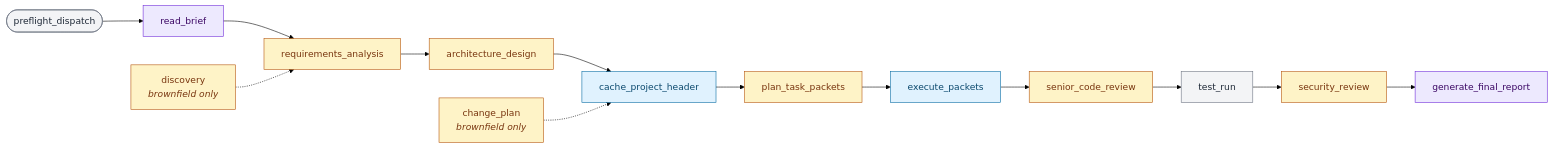
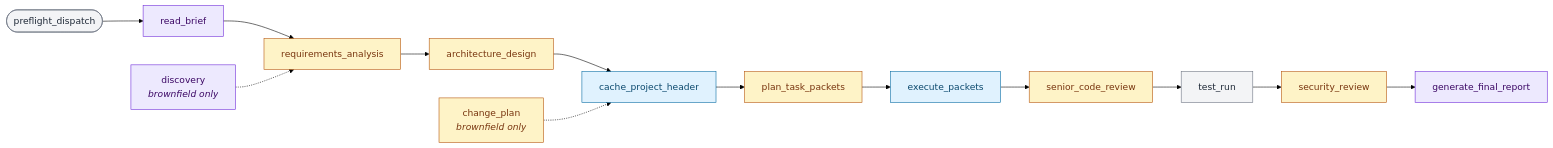
The second of 3 diagrams in README.md (mehtasanjit/ai-sdlc-orchestrator-antigravity-harness), drawn with Mermaid (forest theme) before and after one commit. The commit also changed other lines of this file and 12 other files, not shown here.

````diff
--- a/README.md
+++ b/README.md
@@ -64,26 +64,26 @@
 ```mermaid
 flowchart LR
     P0([preflight_dispatch]):::local
     P1[read_brief]:::cond
     P2[requirements_analysis]:::opus
     P3[architecture_design]:::opus
     P4[cache_project_header]:::gem
     P5[plan_task_packets]:::opus
     P6[execute_packets]:::gem
     P7[senior_code_review]:::opus
     P8[test_run]:::local
     P9[security_review]:::opus
     P10[generate_final_report]:::cond
 
     P0 --> P1 --> P2 --> P3 --> P4 --> P5 --> P6 --> P7 --> P8 --> P9 --> P10
 
-    D[discovery<br/><i>brownfield only</i>]:::opus
+    D[discovery<br/><i>brownfield only</i>]:::cond
     C[change_plan<br/><i>brownfield only</i>]:::opus
     D -.-> P2
     C -.-> P4
 
     classDef opus  fill:#FEF3C7,stroke:#B45309,color:#78350F
     classDef gem   fill:#E0F2FE,stroke:#0369A1,color:#0C4A6E
     classDef cond  fill:#EDE9FE,stroke:#6D28D9,color:#3B0764
     classDef local fill:#F3F4F6,stroke:#6B7280,color:#1F2937
 ```
````
